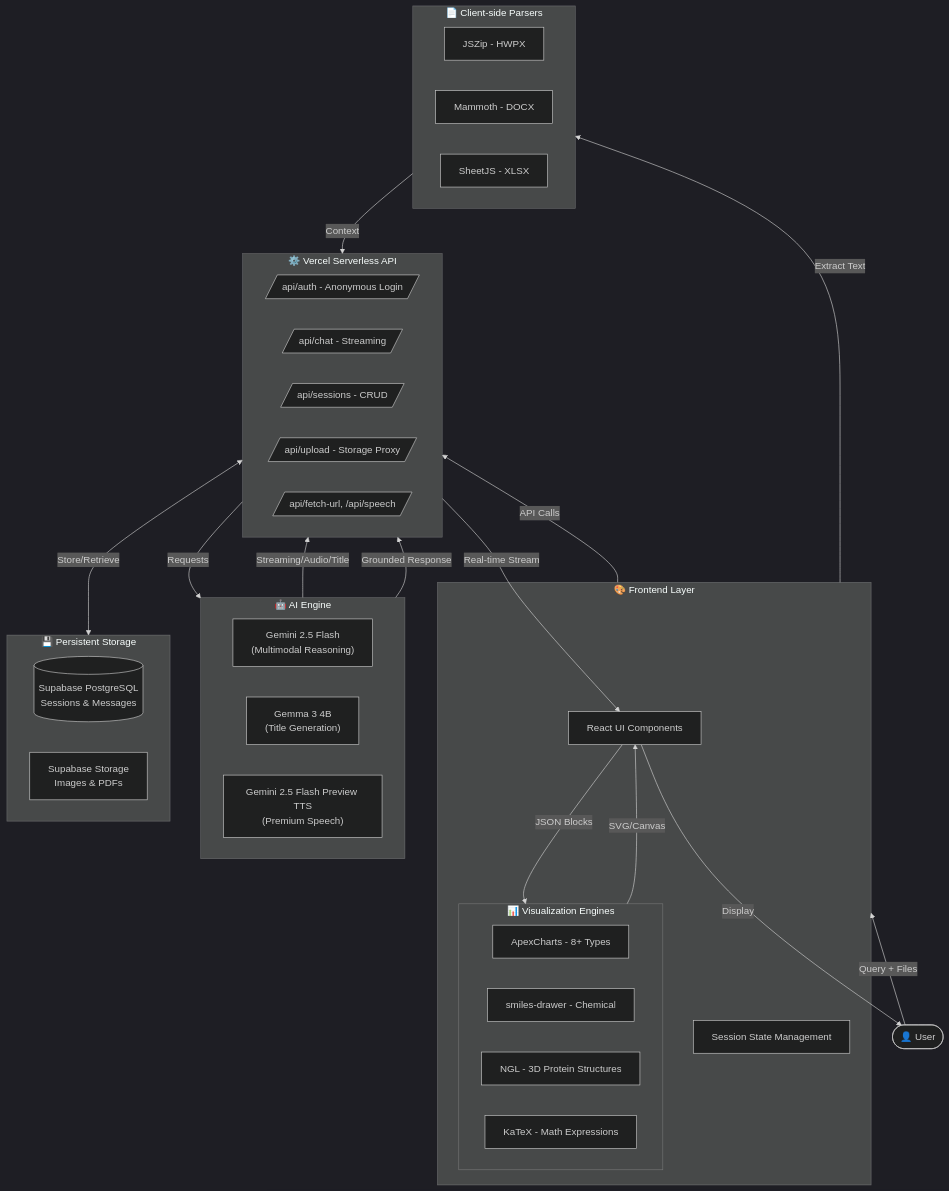
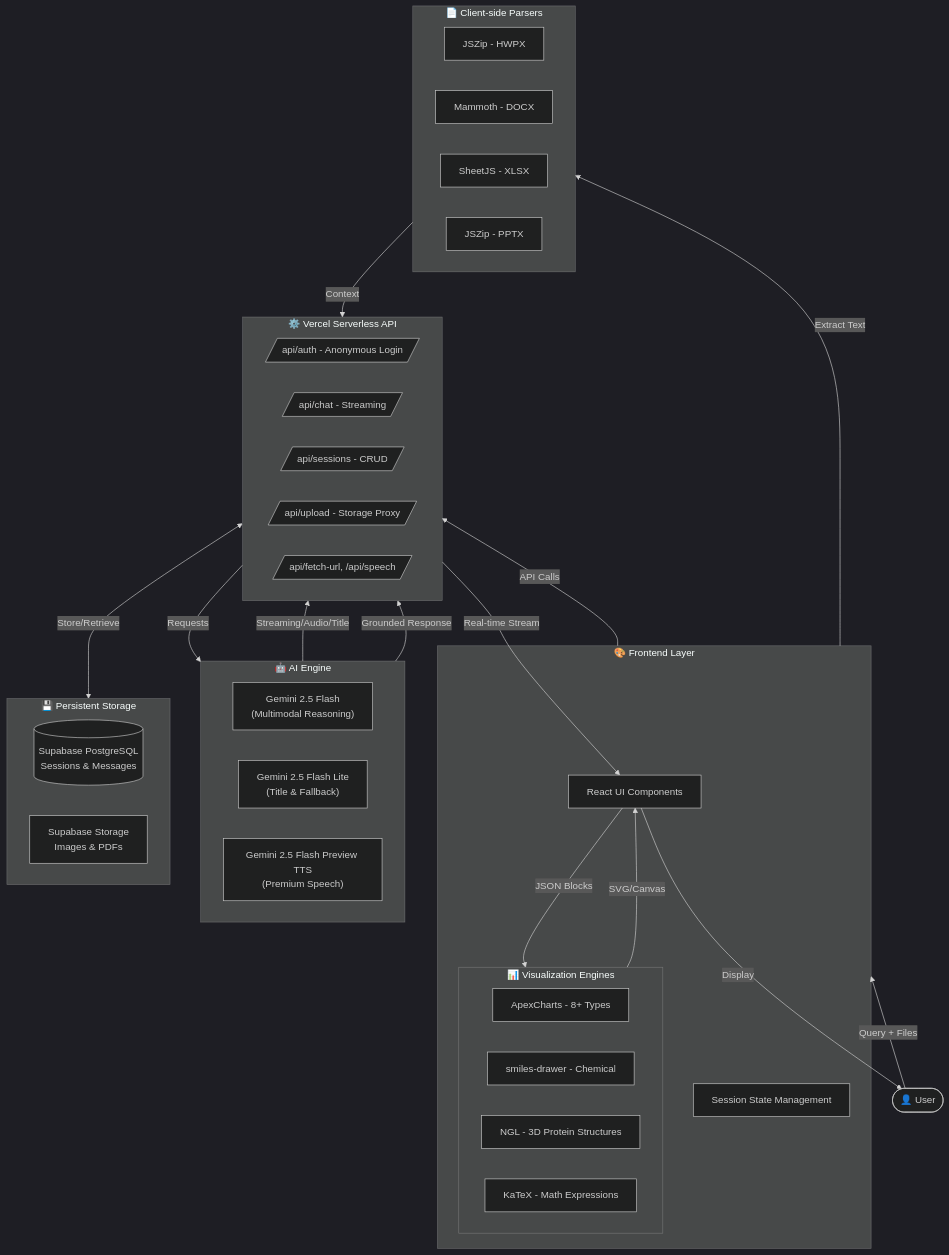
One commit to jpjp92/chat-agent changed the diagram in README.md. Above: the diagram before and after it, drawn with Mermaid (dark theme). The commit also changed other lines of this file and 7 other files, not shown here.

````diff
--- a/README.md
+++ b/README.md
@@ -49,53 +53,54 @@
 ```mermaid
 flowchart TB
     User([👤 User])
     
     subgraph Frontend["🎨 Frontend Layer"]
         UI[React UI Components]
         subgraph Viz["📊 Visualization Engines"]
             Apex[ApexCharts - 8+ Types]
             SMILES[smiles-drawer - Chemical]
             NGL[NGL - 3D Protein Structures]
             KaTeX[KaTeX - Math Expressions]
         end
         State[Session State Management]
     end
     
     subgraph Backend["⚙️ Vercel Serverless API"]
         Auth[/api/auth - Anonymous Login/]
         Chat[/api/chat - Streaming/]
         Sessions[/api/sessions - CRUD/]
         Upload[/api/upload - Storage Proxy/]
         Tools[/api/fetch-url, /api/speech/]
     end
     
     subgraph AI["🤖 AI Engine"]
         Gemini["Gemini 2.5 Flash<br/>(Multimodal Reasoning)"]
-        Gemma["Gemma 3 4B<br/>(Title Generation)"]
+        GeminiLite["Gemini 2.5 Flash Lite<br/>(Title & Fallback)"]
         TTS["Gemini 2.5 Flash Preview TTS<br/>(Premium Speech)"]
     end
     
     subgraph Storage["💾 Persistent Storage"]
         DB[(Supabase PostgreSQL<br/>Sessions & Messages)]
         Files[Supabase Storage<br/>Images & PDFs]
     end
     
     subgraph Parser["📄 Client-side Parsers"]
         HWPX[JSZip - HWPX]
         DOCX[Mammoth - DOCX]
         XLSX[SheetJS - XLSX]
+        PPTX[JSZip - PPTX]
     end
     
     User -->|Query + Files| Frontend
     Frontend -->|API Calls| Backend
     Backend -->|Requests| AI
     AI -->|Streaming/Audio/Title| Backend
     Backend <-->|Store/Retrieve| Storage
     Frontend -->|Extract Text| Parser
     Parser -->|Context| Backend
     AI -->|Grounded Response| Backend
     Backend -->|Real-time Stream| UI
     UI -->|JSON Blocks| Viz
     Viz -->|SVG/Canvas| UI
     UI -->|Display| User
 ```
````
